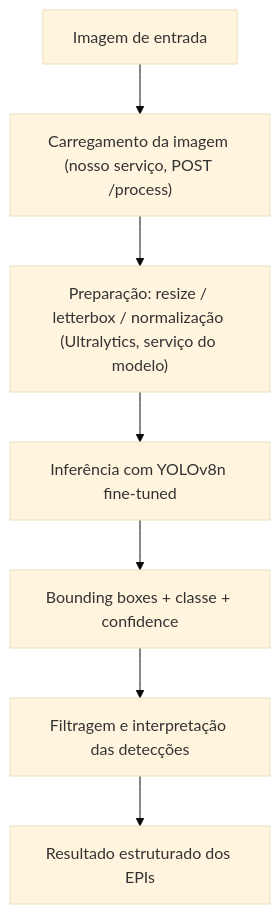
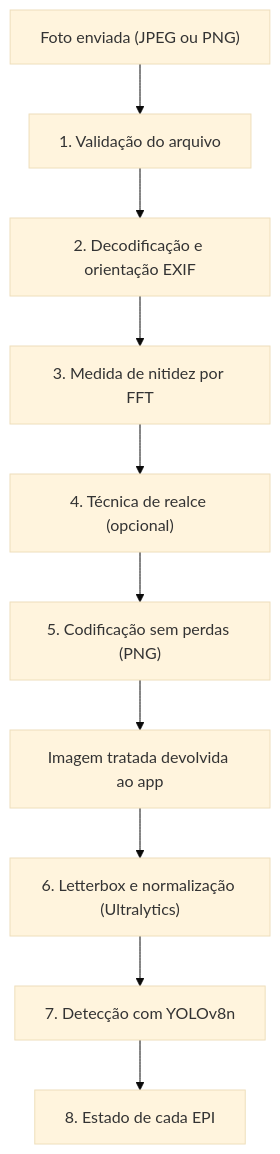
Before and after one commit to Projeto-Semestre-6/epi-computer-vision-genai: the first of 3 diagrams in README.md, drawn with Mermaid (base theme). The commit also changed other lines of this file and 1 other file, not shown here.

````diff
--- a/README.md
+++ b/README.md
@@ -126,9 +115,12 @@
 ```mermaid
 flowchart TD
-    A[Imagem de entrada] --> B["Carregamento da imagem (nosso serviço, POST /process)"]
-    B --> C["Preparação: resize / letterbox / normalização (Ultralytics, serviço do modelo)"]
-    C --> D[Inferência com YOLOv8n fine-tuned]
-    D --> E[Bounding boxes + classe + confidence]
-    E --> F[Filtragem e interpretação das detecções]
-    F --> G[Resultado estruturado dos EPIs]
+    A["Foto enviada (JPEG ou PNG)"] --> B["1. Validação do arquivo"]
+    B --> C["2. Decodificação e orientação EXIF"]
+    C --> D["3. Medida de nitidez por FFT"]
+    D --> E["4. Técnica de realce (opcional)"]
+    E --> F["5. Codificação sem perdas (PNG)"]
+    F --> G["Imagem tratada devolvida ao app"]
+    G --> H["6. Letterbox e normalização (Ultralytics)"]
+    H --> I["7. Detecção com YOLOv8n"]
+    I --> J["8. Estado de cada EPI"]
 ```
````
